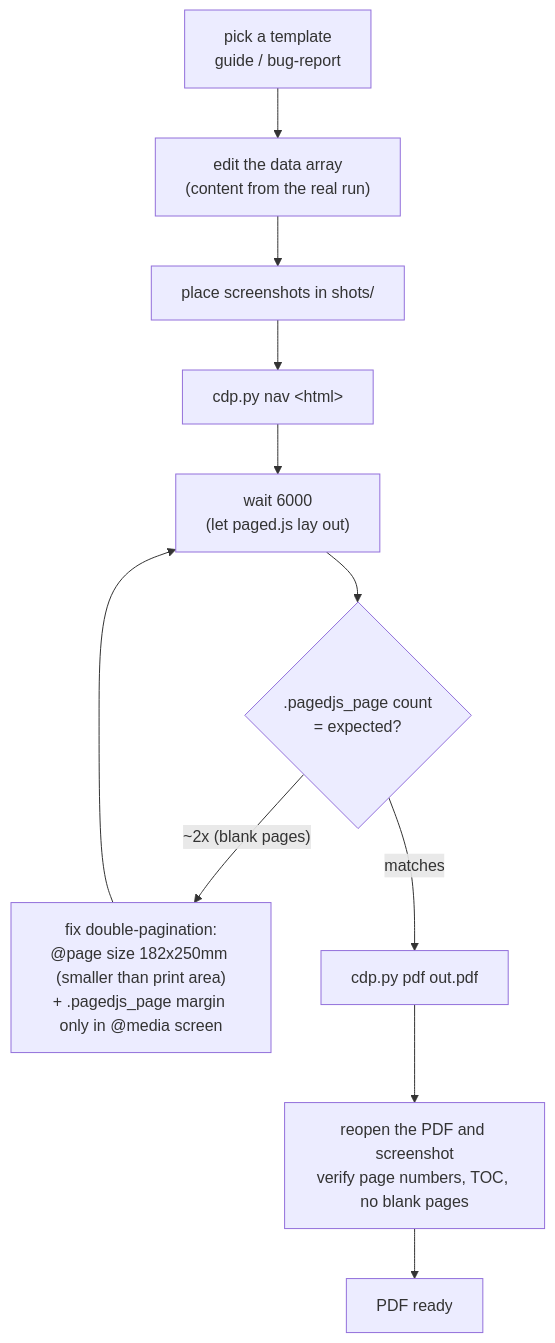
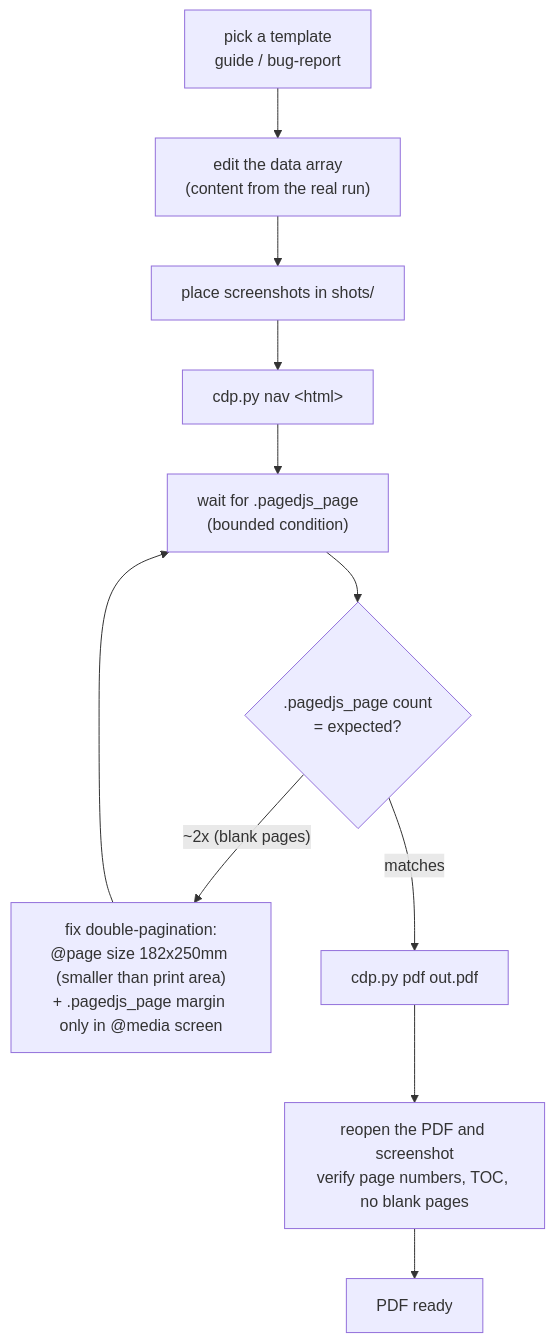
The fifth of 6 diagrams in docs/ARCHITECTURE.md (Teibto/teibto-browser-qa), drawn with Mermaid before and after one commit. The commit also changed other lines of this file and 28 other files, not shown here.

````diff
--- a/docs/ARCHITECTURE.md
+++ b/docs/ARCHITECTURE.md
@@ -130,13 +128,13 @@
 ```mermaid
 flowchart TD
     t["pick a template<br/>guide / bug-report"] --> ed["edit the data array<br/>(content from the real run)"]
     ed --> sh["place screenshots in shots/"]
     sh --> op["cdp.py nav &lt;html&gt;"]
-    op --> wt["wait 6000<br/>(let paged.js lay out)"]
+    op --> wt["wait for .pagedjs_page<br/>(bounded condition)"]
     wt --> ck{".pagedjs_page count<br/>= expected?"}
     ck -->|"~2x (blank pages)"| fx["fix double-pagination:<br/>@page size 182x250mm (smaller than print area)<br/>+ .pagedjs_page margin only in @media screen"]
     fx --> wt
     ck -->|matches| pd["cdp.py pdf out.pdf"]
     pd --> vf["reopen the PDF and screenshot<br/>verify page numbers, TOC, no blank pages"]
     vf --> done["PDF ready"]
 ```
````
